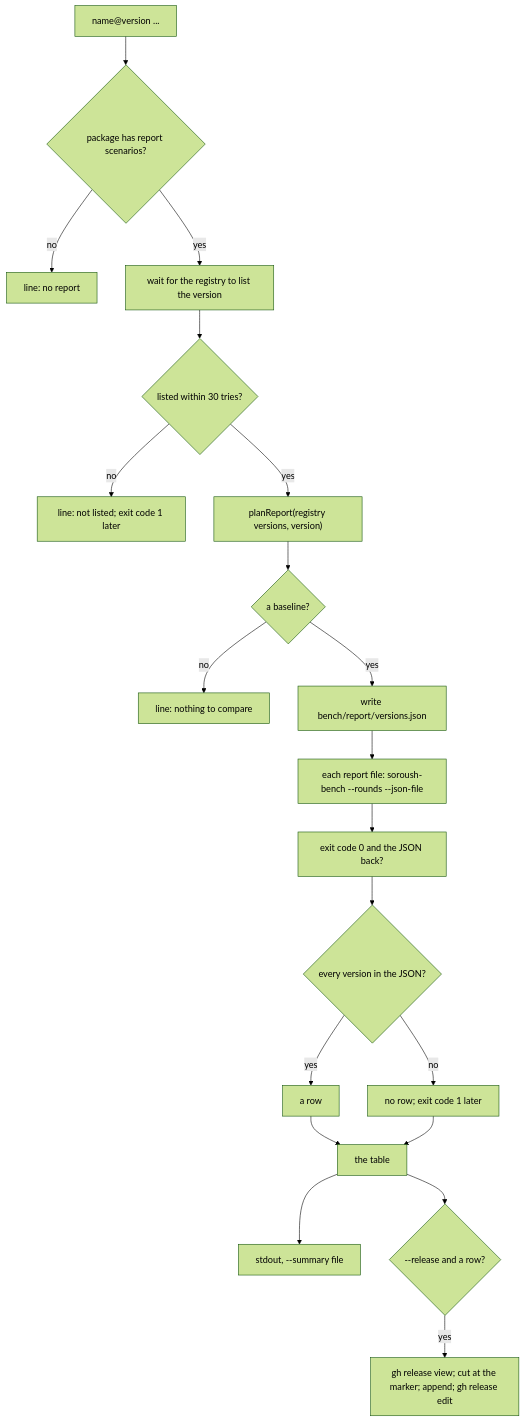
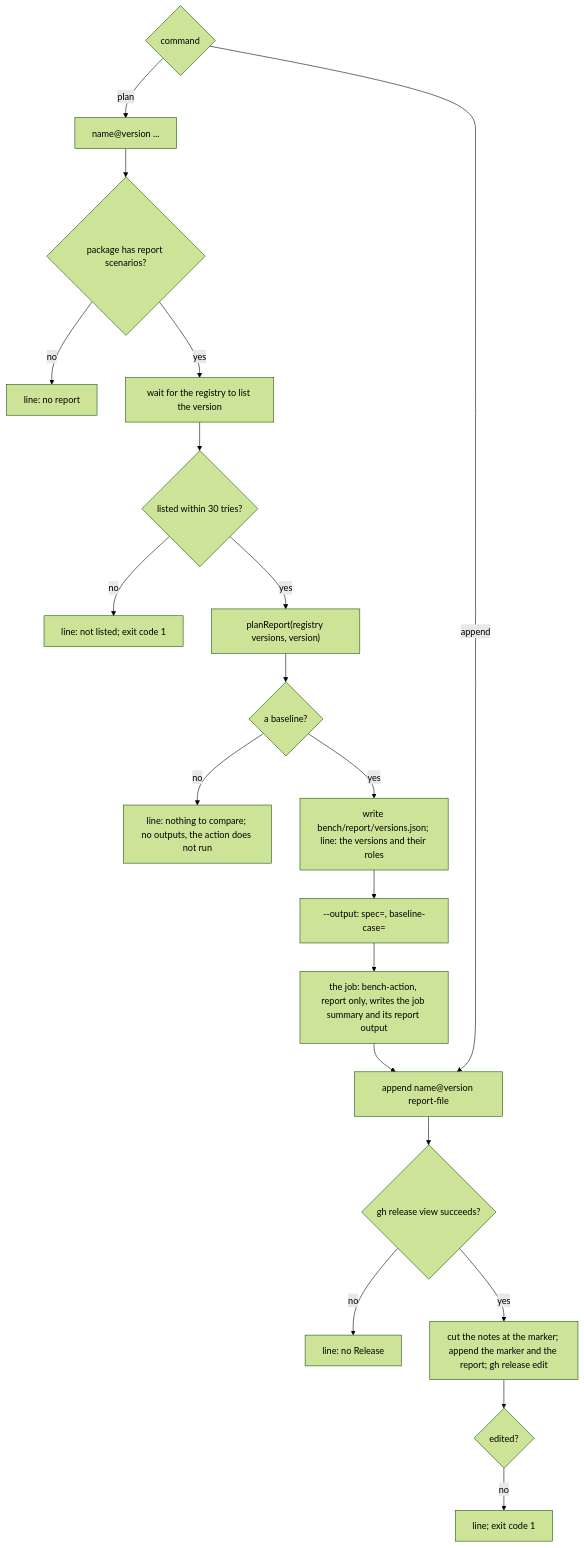
One commit to soroush-tech/umber-style changed the diagram in scripts/bench-report.md. Above: the diagram before and after it, drawn with Mermaid (forest theme). The commit also changed other lines of this file and 21 other files, not shown here.

Commit message:
chore(bench): soroush-bench 2.4.0 and bench-action 1.3.0, and the report after a release runs through the action in report-only mode - close #74

````diff
--- a/scripts/bench-report.md
+++ b/scripts/bench-report.md
@@ -35,22 +38,22 @@
 ```mermaid
 flowchart TD
-  specs["name@version ..."] --> has{"package has report scenarios?"}
+  cmd{"command"} -->|plan| specs["name@version ..."]
+  specs --> has{"package has report scenarios?"}
   has -->|no| noScen["line: no report"]
   has -->|yes| wait["wait for the registry to list the version"]
   wait --> listed{"listed within 30 tries?"}
-  listed -->|no| late["line: not listed; exit code 1 later"]
+  listed -->|no| late["line: not listed; exit code 1"]
   listed -->|yes| plan["planReport(registry versions, version)"]
   plan --> base{"a baseline?"}
-  base -->|no| first["line: nothing to compare"]
-  base -->|yes| write["write bench/report/versions.json"]
-  write --> run["each report file: soroush-bench --rounds --json-file"]
-  run --> read["exit code 0 and the JSON back?"]
-  read --> whole{"every version in the JSON?"}
-  whole -->|no| missing["no row; exit code 1 later"]
-  whole -->|yes| row["a row"]
-  row --> table["the table"]
-  missing --> table
-  table --> out["stdout, --summary file"]
-  table --> rel{"--release and a row?"}
-  rel -->|yes| gh["gh release view; cut at the marker; append; gh release edit"]
+  base -->|no| first["line: nothing to compare; no outputs, the action does not run"]
+  base -->|yes| write["write bench/report/versions.json; line: the versions and their roles"]
+  write --> out["--output: spec=, baseline-case="]
+  out --> action["the job: bench-action, report only, writes the job summary and its report output"]
+  action --> appendCmd["append name@version report-file"]
+  cmd -->|append| appendCmd
+  appendCmd --> view{"gh release view succeeds?"}
+  view -->|no| noRel["line: no Release"]
+  view -->|yes| edit["cut the notes at the marker; append the marker and the report; gh release edit"]
+  edit --> ok{"edited?"}
+  ok -->|no| fail["line; exit code 1"]
 ```
````
